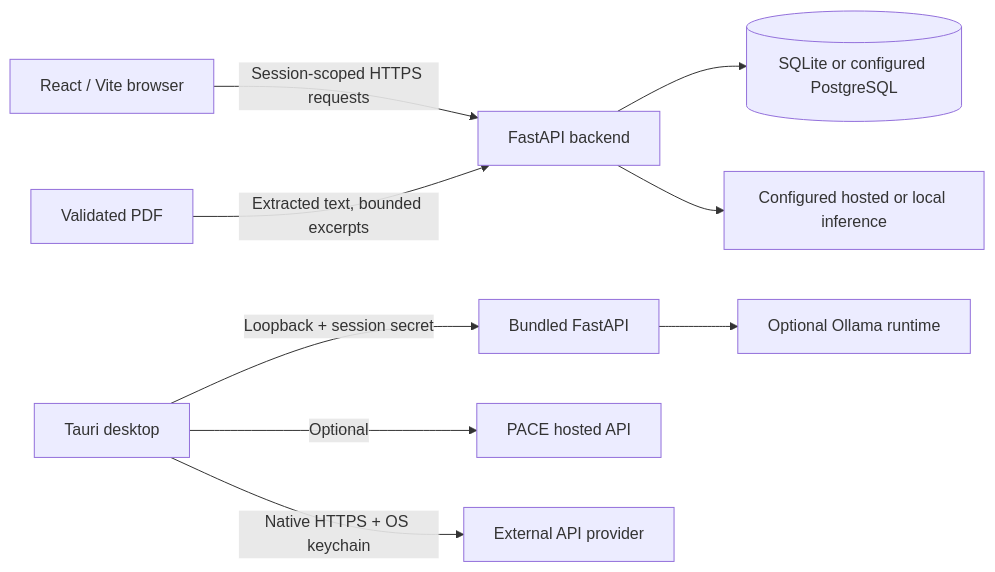
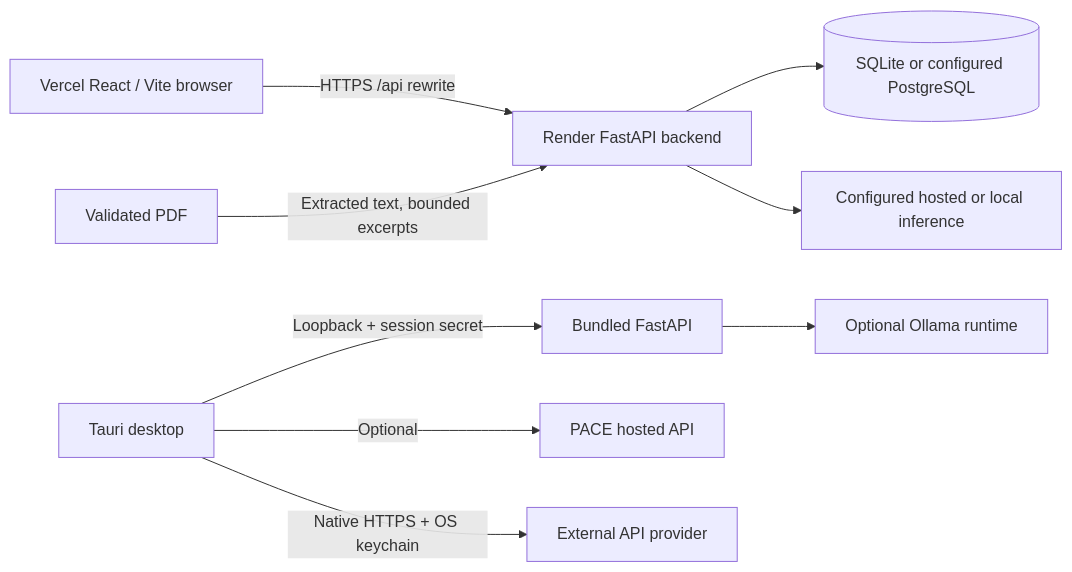
The diagram in README.md (KiritoTempest175/PACE), drawn with Mermaid before and after one commit. The commit also changed other lines of this file and 3 other files, not shown here.

````diff
--- a/README.md
+++ b/README.md
@@ -31,11 +31,11 @@
 ```mermaid
 flowchart LR
-  UI[React / Vite browser] -->|Session-scoped HTTPS requests| API[FastAPI backend]
+  UI[Vercel React / Vite browser] -->|HTTPS /api rewrite| API[Render FastAPI backend]
   API --> DB[(SQLite or configured PostgreSQL)]
   API --> AI[Configured hosted or local inference]
   PDF[Validated PDF] -->|Extracted text, bounded excerpts| API
   DESK[Tauri desktop] -->|Loopback + session secret| LOCAL[Bundled FastAPI]
   LOCAL --> OLLAMA[Optional Ollama runtime]
   DESK -->|Optional| HOSTED[PACE hosted API]
   DESK -->|Native HTTPS + OS keychain| PROVIDER[External API provider]
 ```
````
